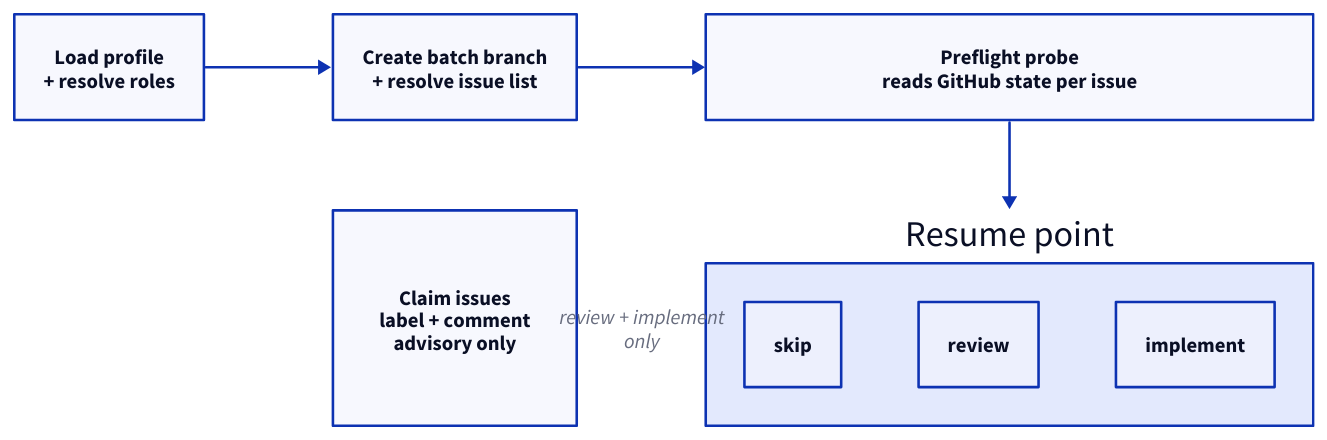
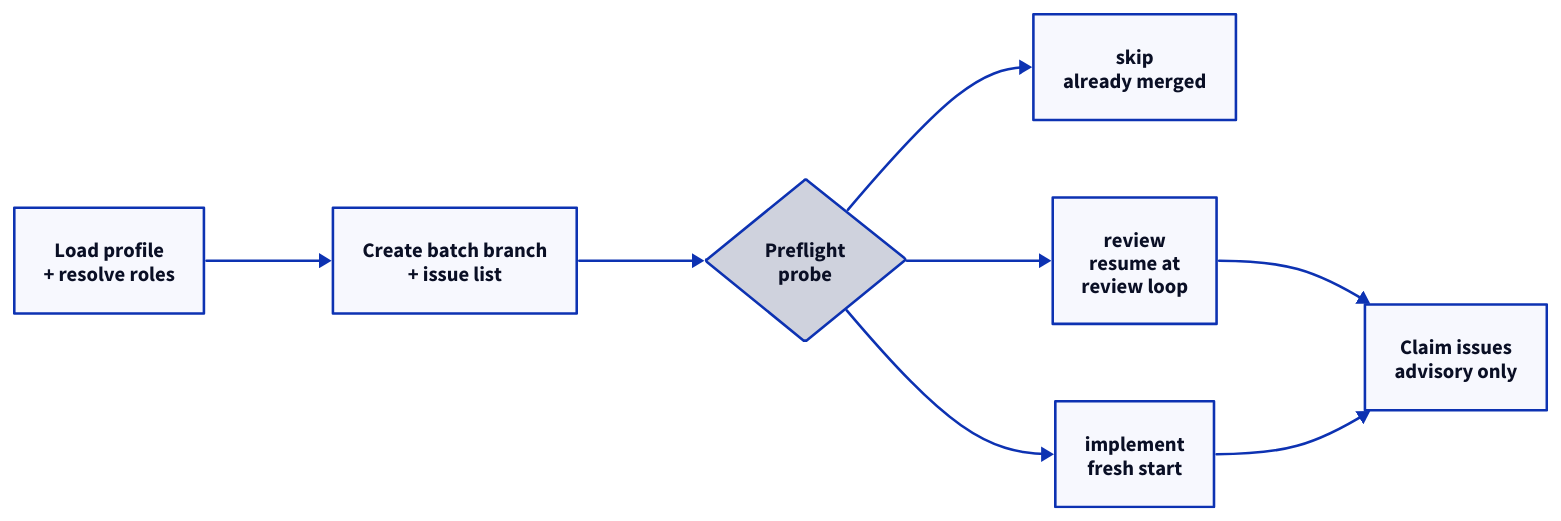
The diagram in docs/diagrams/phase-select.d2 (aaddrick/ticketmill), drawn with D2 before and after one commit. The commit also changed 9 other files, not shown here.

```diff
--- a/docs/diagrams/phase-select.d2
+++ b/docs/diagrams/phase-select.d2
@@ -1,53 +1,45 @@
-# Select phase: everything that happens once, before the pool starts.
+# Select phase: everything that happens once, before the worker pool starts.
 #
-# GRID SNAKE. Reading order is boustrophedon: row 1 left-to-right, then the
-# flow drops straight down the LAST column and the next row reads back
-# right-to-left.
+# THE ONE NON-GRID DIAGRAM. Every other diagram here is a grid snake; this one
+# runs on the layout engine (dagre, from the theme) because it is a branch, not
+# a chain, and the grid model handles a fan-out badly:
 #
-# Why a grid and not a layout engine: neither bundled engine can wrap a long
-# chain into rows. d2 does not expose ELK's `wrapping.strategy`, and a
-# `direction` set on a container is ignored by both dagre and ELK. Grid
-# placement is the only way to fold a chain, and it fills row-major over the
-# declaration order below.
+#   - Only one branch target can share a column with the probe, so the other
+#     two edges come out as diagonals however the cells are arranged.
+#   - Wrapping the three outcomes in a container to dodge that makes the
+#     container a single grid cell, and a grid row or column takes the size of
+#     its largest member. Side by side, the container stretched the Preflight
+#     probe into a wide empty band; stacked as a nested grid, it stretched the
+#     Claim issues box into a tall one instead. The distortion moves, it does
+#     not go away.
 #
-# THE DIAGONAL RULE: grid connections are center-to-center straight segments
-# with no path-finding. An edge is orthogonal only if its two cells share a row
-# or a column, and only if they are neighbours -- an edge spanning two cells in
-# a row draws straight THROUGH the cell between them. Everything else is a
-# diagonal. Place nodes so every edge joins neighbours.
-#
-# Grid columns share a width, so one wide cell widens its whole column.
-#
-# Spacer cells (`sp*`) are invisible padding that push the wrap into the right
-# column. They are load-bearing -- deleting one reflows the entire grid.
+# Dagre draws the fan as an actual decision tree and sizes every box to its own
+# content. Keep the labels short anyway: this renders at 1134px against a
+# ~1012px docs column, and each extra rank costs ~70px of fixed spacing.
 
-grid-rows: 2
-grid-columns: 3
-horizontal-gap: 100
-vertical-gap: 70
+direction: right
 
-# row 1, left to right
 prof: "Load profile\n+ resolve roles" { class: stage }
-prep: "Create batch branch\n+ resolve issue list" { class: stage }
-probe: "Preflight probe\nreads GitHub state per issue" { class: gate }
-# row 2, right to left
-sp1: "" { style.opacity: 0 }
-claim: "Claim issues\nlabel + comment\nadvisory only" { class: stage }
-# A container as a grid cell: its children lay out side by side, which is what
-# a three-way branch needs -- a fan-out cannot be drawn orthogonally as three
-# sibling cells, since only one of them can share a column with the probe.
-#
-# Keep these labels to one short word. A grid column takes the width of its
-# widest cell, so every character here also stretches the Preflight probe box
-# sitting above it. The three outcomes are spelled out in ARCHITECTURE.md.
-routes: "Resume point" {
-  class: phase
-  skip: "skip" { class: terminal }
-  review: "review" { class: optional }
-  impl: "implement" { class: stage }
+prep: "Create batch branch\n+ issue list" { class: stage }
+
+probe: "Preflight\nprobe" {
+  class: gate
+  shape: diamond
 }
+
+skip: "skip\nalready merged" { class: terminal }
+review: "review\nresume at\nreview loop" { class: optional }
+impl: "implement\nfresh start" { class: stage }
+
+claim: "Claim issues\nadvisory only" { class: stage }
 
 prof -> prep: { class: flow }
 prep -> probe: { class: flow }
-probe -> routes: { class: flow }
-routes -> claim: "review + implement\nonly" { class: flow }
+
+probe -> skip: { class: flow }
+probe -> review: { class: flow }
+probe -> impl: { class: flow }
+
+# skip never claims: the work is already merged.
+review -> claim: { class: flow }
+impl -> claim: { class: flow }
```
